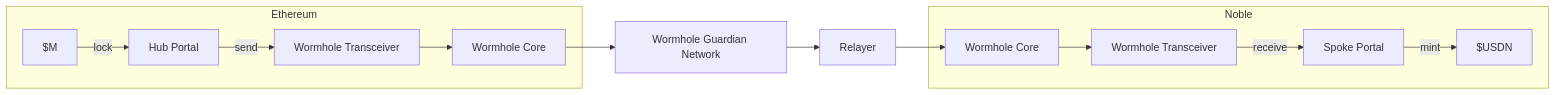
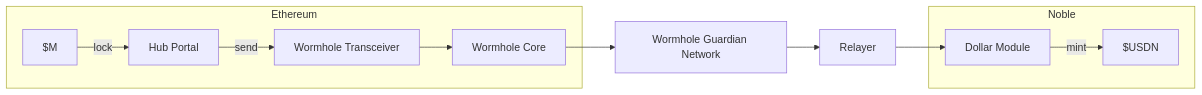
The second of 2 diagrams in docs/usdn/architecture.mdx (noble-assets/docs), drawn with Mermaid before and after one commit. The commit also changed other lines of this file and 4 other files, not shown here.

Commit message:
update diagram and wording: - update M to $M - add info on collateralization ratio - removed community links - updated comments on custom.css - standardize letter case - update cross-chain diagram - removed vaults section

````diff
--- a/docs/usdn/architecture.mdx
+++ b/docs/usdn/architecture.mdx
@@ -95,30 +95,27 @@
 ```mermaid
-flowchart LR
-  %% Left domain
-  subgraph ETH [Ethereum]
-    M["$M"]
-    HUB[Hub Portal]
-    TX_E[Wormhole Transceiver]
-    CORE_E[Wormhole Core]
+  flowchart LR
+    %% Left domain
+    subgraph ETH [Ethereum]
+      M["$M"]
+      HUB[Hub Portal]
+      TX_E[Wormhole Transceiver]
+      CORE_E[Wormhole Core]
 
-    M -->|lock| HUB -->|send| TX_E --> CORE_E
-  end
+      M -->|lock| HUB -->|send| TX_E --> CORE_E
+    end
 
-  %% Middle
-  WGN[Wormhole Guardian Network] --> REL[Relayer]
+    %% Middle
+    WGN[Wormhole Guardian Network] --> REL[Relayer]
 
-  %% Right domain
-  subgraph NOBLE [Noble]
-    CORE_N[Wormhole Core]
-    TX_N[Wormhole Transceiver]
-    SPOKE[Spoke Portal]
-    USDN["$USDN"]
+    %% Right domain
+    subgraph NOBLE [Noble]
+      DOLLAR[Dollar Module]
+      USDN["$USDN"]
 
-    TX_N -->|receive| SPOKE -->|mint| USDN
-  end
+      DOLLAR -->|mint| USDN
+    end
 
-  %% Stitch domains together
-  CORE_E --> WGN
-  REL --> CORE_N
-  CORE_N --> TX_N
+    %% Stitch domains together
+    CORE_E --> WGN
+    REL --> DOLLAR
 ```
````
